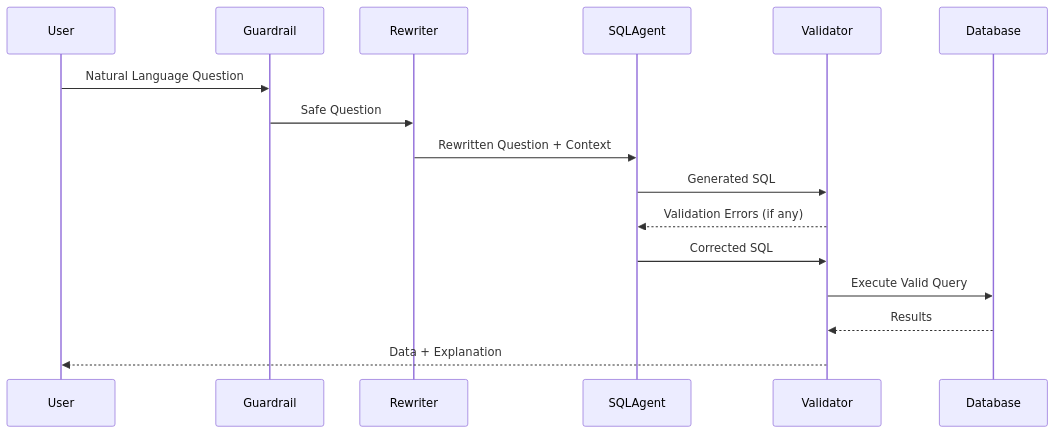
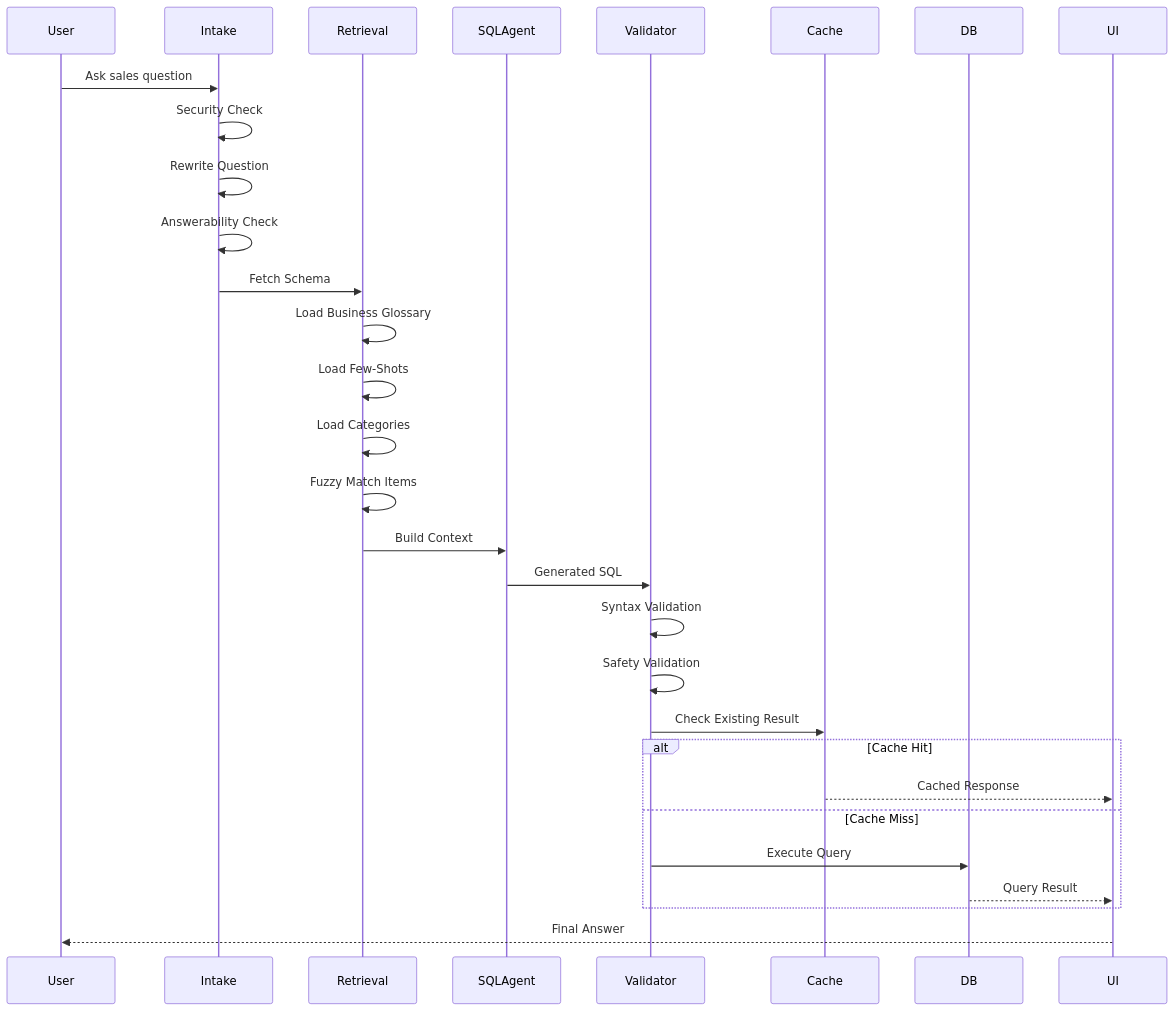
Before and after one commit to Nivetha-Tapmobi/CA_NL2SQL: the second of 3 diagrams in README.md, drawn with Mermaid. The commit also changed other lines of this file, not shown here.

````diff
--- a/README.md
+++ b/README.md
@@ -58,28 +64,42 @@
 ```mermaid
 sequenceDiagram
 
     participant User
-    participant Guardrail
-    participant Rewriter
+    participant Intake
+    participant Retrieval
     participant SQLAgent
     participant Validator
-    participant Database
+    participant Cache
+    participant DB
+    participant UI
 
-    User->>Guardrail: Natural Language Question
+    User->>Intake: Ask sales question
 
-    Guardrail->>Rewriter: Safe Question
+    Intake->>Intake: Security Check
+    Intake->>Intake: Rewrite Question
+    Intake->>Intake: Answerability Check
 
-    Rewriter->>SQLAgent: Rewritten Question + Context
+    Intake->>Retrieval: Fetch Schema
+    Retrieval->>Retrieval: Load Business Glossary
+    Retrieval->>Retrieval: Load Few-Shots
+    Retrieval->>Retrieval: Load Categories
+    Retrieval->>Retrieval: Fuzzy Match Items
+
+    Retrieval->>SQLAgent: Build Context
 
     SQLAgent->>Validator: Generated SQL
 
-    Validator-->>SQLAgent: Validation Errors (if any)
+    Validator->>Validator: Syntax Validation
+    Validator->>Validator: Safety Validation
 
-    SQLAgent->>Validator: Corrected SQL
+    Validator->>Cache: Check Existing Result
 
-    Validator->>Database: Execute Valid Query
+    alt Cache Hit
+        Cache-->>UI: Cached Response
+    else Cache Miss
+        Validator->>DB: Execute Query
+        DB-->>UI: Query Result
+    end
 
-    Database-->>Validator: Results
-
-    Validator-->>User: Data + Explanation
+    UI-->>User: Final Answer
 ```
````
